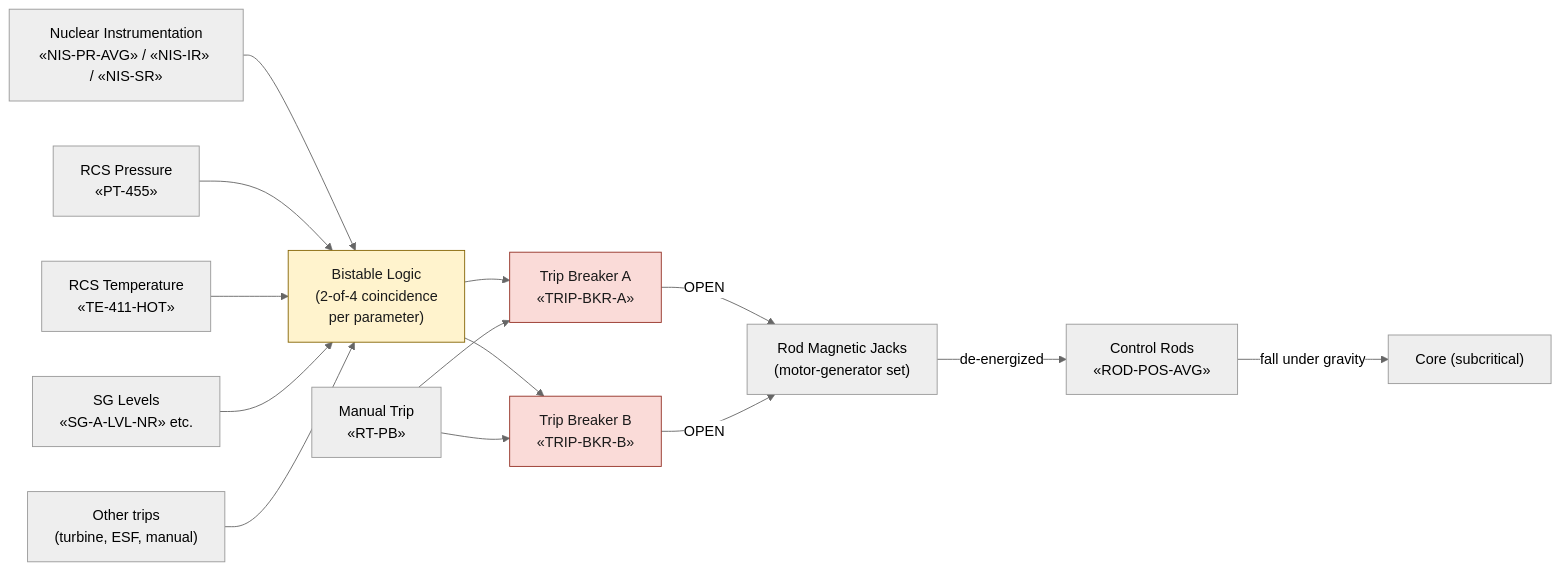
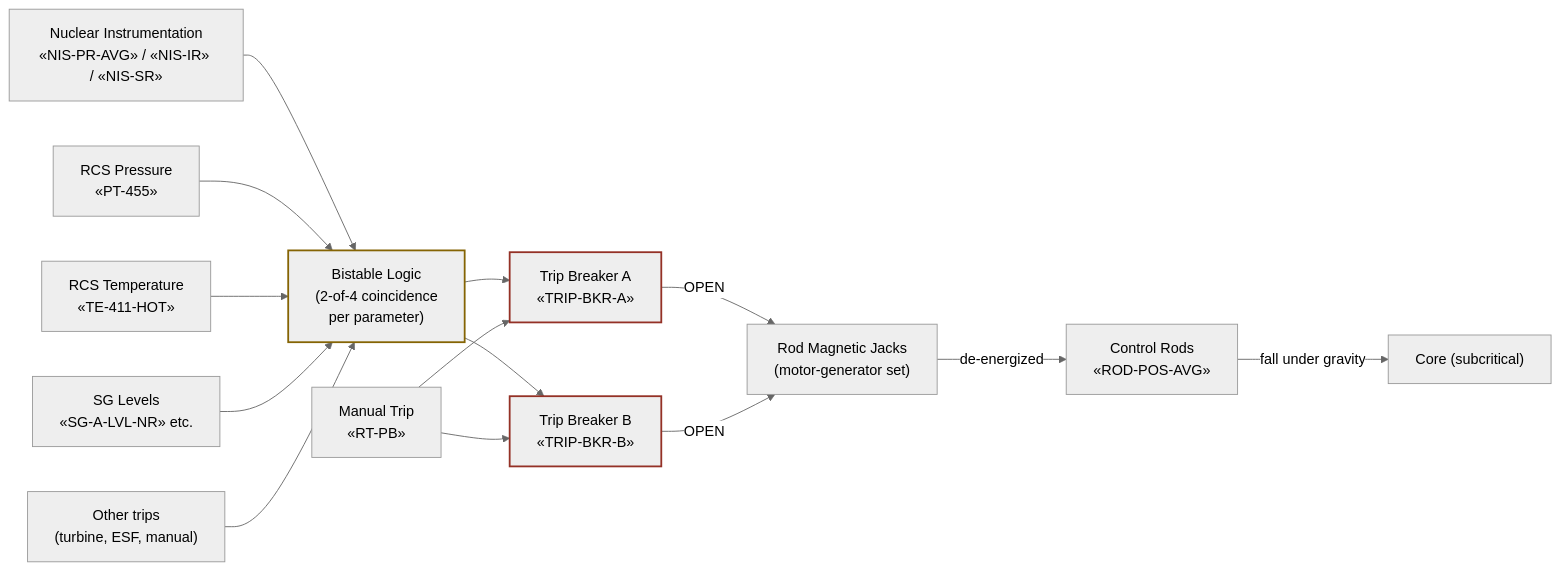
The diagram in wiki/systems/rps.md (samsinn-wikis/pwr-ops), drawn with Mermaid (neutral theme) before and after one commit. The commit also changed 14 other files, not shown here.

````diff
--- a/wiki/systems/rps.md
+++ b/wiki/systems/rps.md
@@ -28,26 +28,26 @@
 ```mermaid
 flowchart LR
     NIS["Nuclear Instrumentation<br/>«NIS-PR-AVG» / «NIS-IR» / «NIS-SR»"]
     RCS_P["RCS Pressure<br/>«PT-455»"]
     RCS_T["RCS Temperature<br/>«TE-411-HOT»"]
     SG_LVL["SG Levels<br/>«SG-A-LVL-NR» etc."]
     OTHER["Other trips<br/>(turbine, ESF, manual)"]
     BISTABLE["Bistable Logic<br/>(2-of-4 coincidence<br/>per parameter)"]
     PB["Manual Trip<br/>«RT-PB»"]
     BKR_A["Trip Breaker A<br/>«TRIP-BKR-A»"]
     BKR_B["Trip Breaker B<br/>«TRIP-BKR-B»"]
     ROD_PWR["Rod Magnetic Jacks<br/>(motor-generator set)"]
     RODS["Control Rods<br/>«ROD-POS-AVG»"]
 
     NIS & RCS_P & RCS_T & SG_LVL & OTHER --> BISTABLE
     BISTABLE --> BKR_A & BKR_B
     PB --> BKR_A & BKR_B
     BKR_A & BKR_B -- "OPEN" --> ROD_PWR
     ROD_PWR -- "de-energized" --> RODS
     RODS -- "fall under gravity" --> CORE["Core (subcritical)"]
 
-    classDef logic fill:#fff3cd,stroke:#856404,color:#1a1a1a
-    classDef breaker fill:#fadbd8,stroke:#943126,color:#1a1a1a
+    classDef logic stroke:#856404,stroke-width:2px
+    classDef breaker stroke:#943126,stroke-width:2px
     class BISTABLE logic
     class BKR_A,BKR_B breaker
 ```
````
